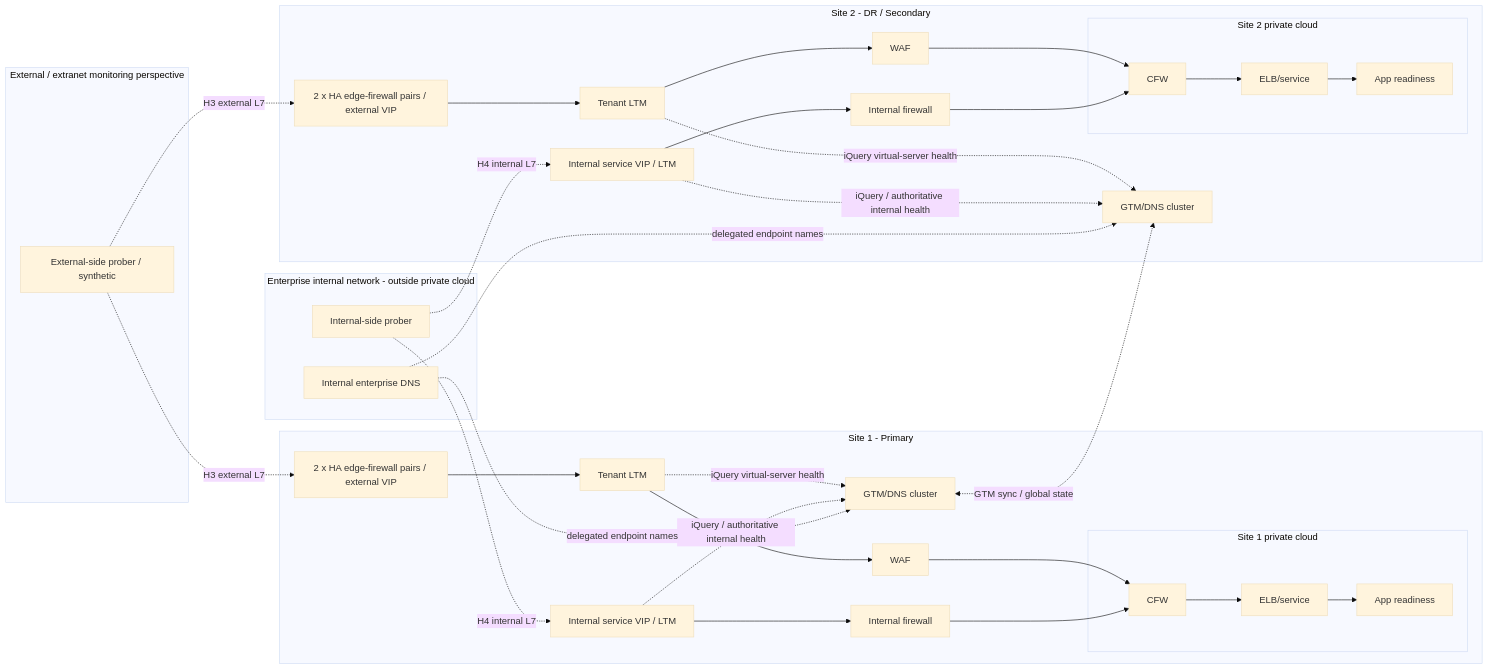
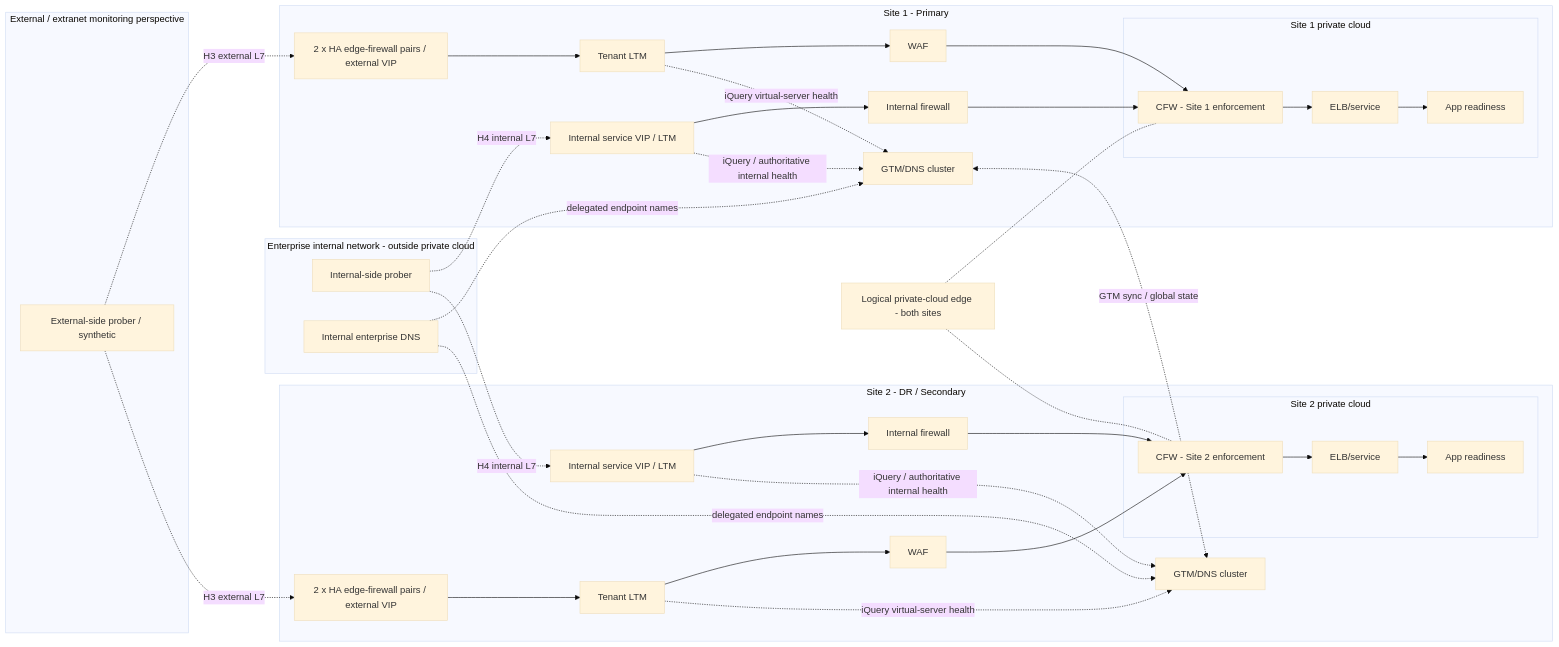
Before and after one commit to jfang88/EnterpriseWAF: the diagram in enterprise-scenarios/future_architecture_improvements.md, drawn with Mermaid (base theme). The commit also changed other lines of this file, not shown here.

Commit message:
Document logical cloud edge and platform recovery

````diff
--- a/enterprise-scenarios/future_architecture_improvements.md
+++ b/enterprise-scenarios/future_architecture_improvements.md
@@ -184,61 +186,64 @@
 ```mermaid
 flowchart LR
 
   subgraph EXT[External / extranet monitoring perspective]
     EP[External-side prober / synthetic]
   end
 
   subgraph INT[Enterprise internal network - outside private cloud]
     IP[Internal-side prober]
     IDNS[Internal enterprise DNS]
   end
 
   subgraph S1[Site 1 - Primary]
     EFW1[2 x HA edge-firewall pairs / external VIP]
     G1[GTM/DNS cluster]
     L1[Tenant LTM]
     W1[WAF]
     IV1[Internal service VIP / LTM]
     IF1[Internal firewall]
     subgraph S1PC[Site 1 private cloud]
-      CFW1[CFW]
+      CFW1[CFW - Site 1 enforcement]
       ELB1[ELB/service]
       APP1[App readiness]
     end
 
     EFW1 --> L1 --> W1 --> CFW1 --> ELB1 --> APP1
     IV1 --> IF1 --> CFW1
   end
 
   subgraph S2[Site 2 - DR / Secondary]
     EFW2[2 x HA edge-firewall pairs / external VIP]
     G2[GTM/DNS cluster]
     L2[Tenant LTM]
     W2[WAF]
     IV2[Internal service VIP / LTM]
     IF2[Internal firewall]
     subgraph S2PC[Site 2 private cloud]
-      CFW2[CFW]
+      CFW2[CFW - Site 2 enforcement]
       ELB2[ELB/service]
       APP2[App readiness]
     end
 
     EFW2 --> L2 --> W2 --> CFW2 --> ELB2 --> APP2
     IV2 --> IF2 --> CFW2
   end
 
+  CFWLOG[Logical private-cloud edge - both sites]
+  CFWLOG -.- CFW1
+  CFWLOG -.- CFW2
   G1 <-. GTM sync / global state .-> G2
 
   EP -. H3 external L7 .-> EFW1
   EP -. H3 external L7 .-> EFW2
   IP -. H4 internal L7 .-> IV1
   IP -. H4 internal L7 .-> IV2
 
   L1 -. iQuery virtual-server health .-> G1
   L2 -. iQuery virtual-server health .-> G2
   IV1 -. iQuery / authoritative internal health .-> G1
   IV2 -. iQuery / authoritative internal health .-> G2
 
   IDNS -. delegated endpoint names .-> G1
   IDNS -. delegated endpoint names .-> G2
 ```
````
